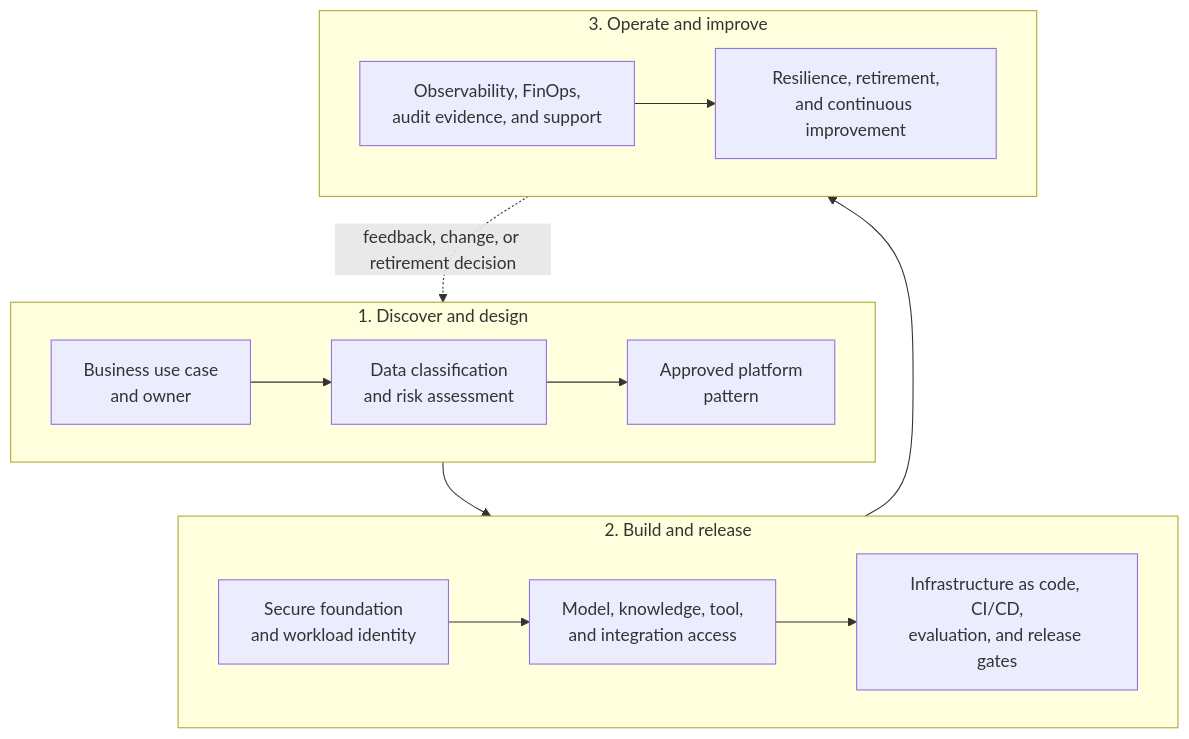
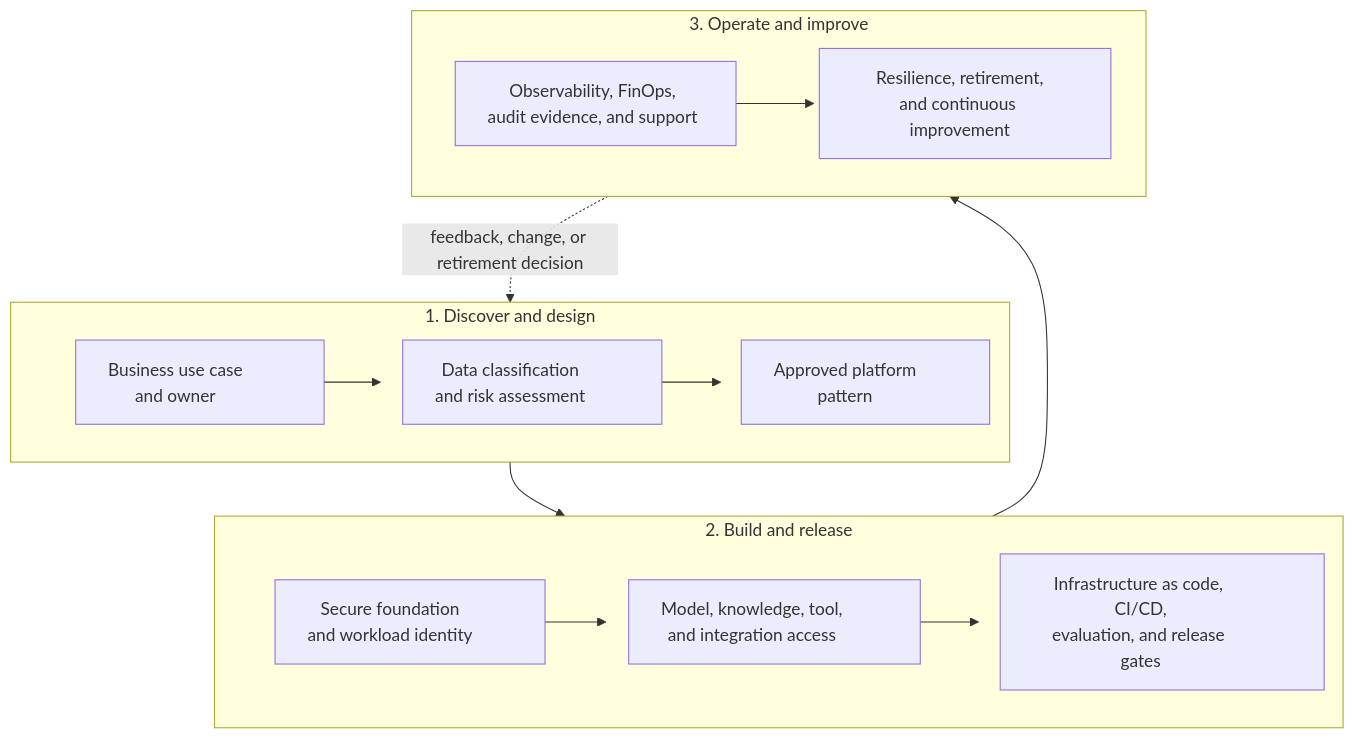
One commit to afaryy/cloudai-platform changed the third of 3 diagrams in docs/architecture.md. Above: the diagram before and after it, drawn with Mermaid. The commit also changed other lines of this file and 1 other file, not shown here.

Commit message:
docs: widen architecture diagram nodes

````diff
--- a/docs/architecture.md
+++ b/docs/architecture.md
@@ -110,30 +130,39 @@
 ```mermaid
 flowchart TB
   usecase["Business use case<br/>and owner"]
   assessment["Data classification<br/>and risk assessment"]
   pattern["Approved platform<br/>pattern"]
   secure["Secure foundation<br/>and workload identity"]
   access["Model, knowledge, tool,<br/>and integration access"]
   release["Infrastructure as code, CI/CD,<br/>evaluation, and release gates"]
   operate["Observability, FinOps,<br/>audit evidence, and support"]
   improve["Resilience, retirement,<br/>and continuous improvement"]
 
   subgraph discover["1. Discover and design"]
     direction LR
     usecase --> assessment --> pattern
   end
 
   subgraph deliver["2. Build and release"]
     direction LR
     secure --> access --> release
   end
 
   subgraph operate_loop["3. Operate and improve"]
     direction LR
     operate --> improve
   end
 
   pattern --> secure
   release --> operate
   improve -. "feedback, change, or retirement decision" .-> assessment
+
+  style usecase width:230px
+  style assessment width:240px
+  style pattern width:230px
+  style secure width:250px
+  style access width:270px
+  style release width:300px
+  style operate width:260px
+  style improve width:270px
 ```
````
